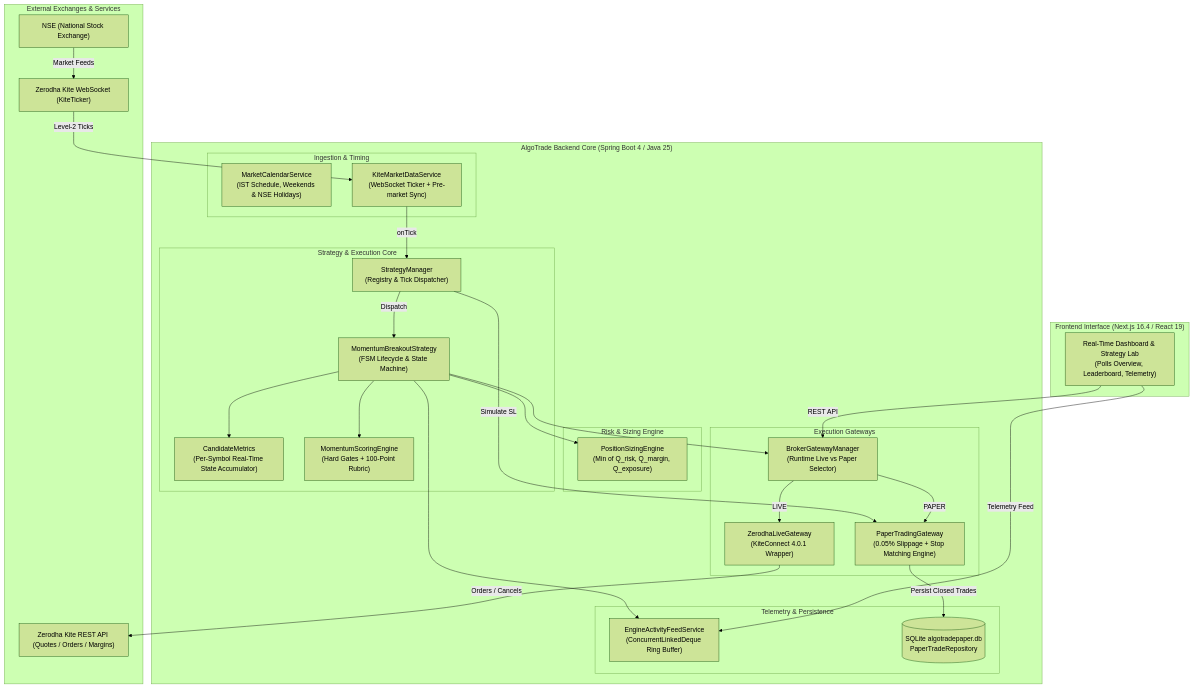
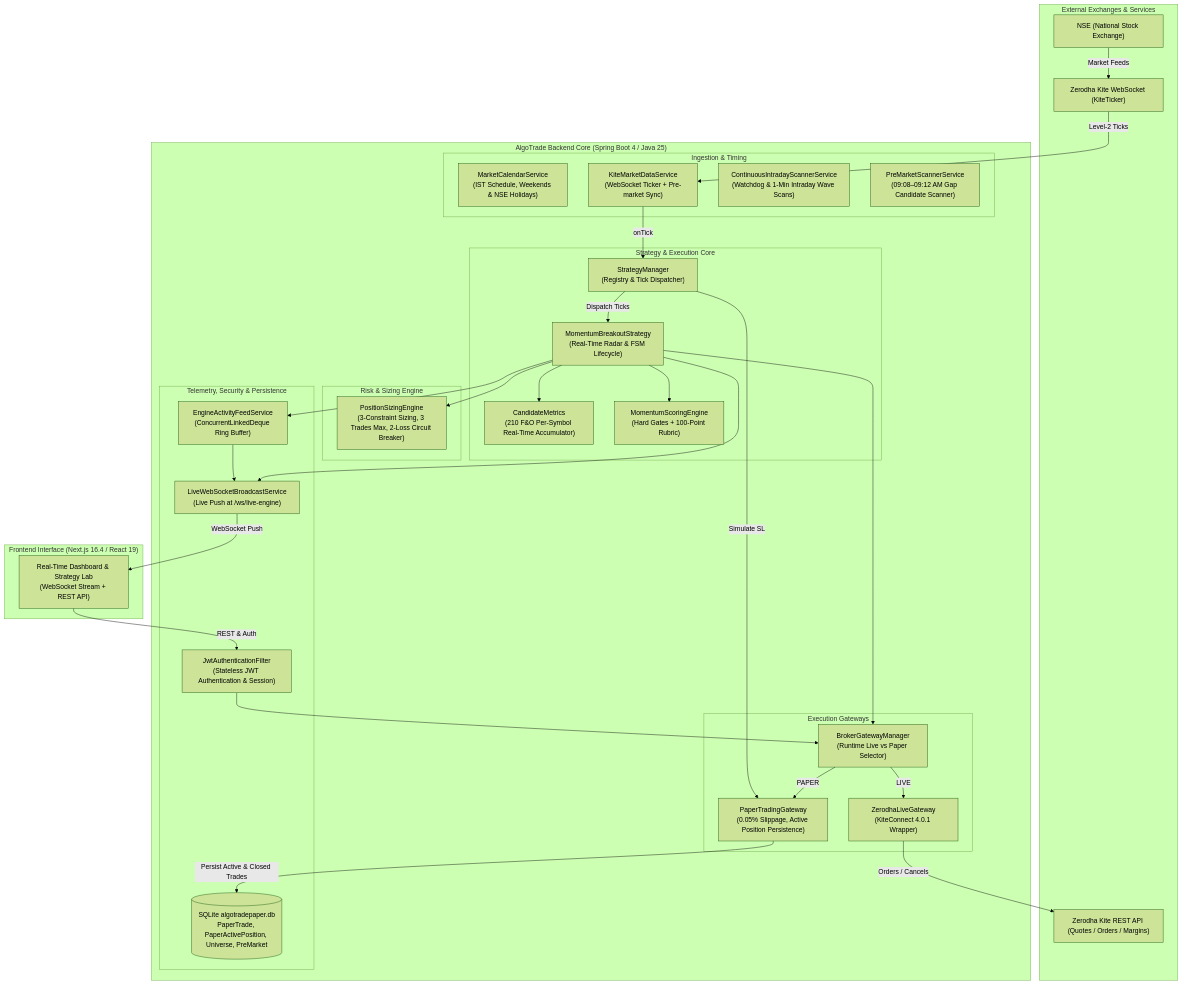
The first of 4 diagrams in working.md (ajaynegi33/AlgoTrade), drawn with Mermaid (forest theme) before and after one commit. The commit also changed other lines of this file and 2 other files, not shown here.

Commit message:
refactor: remove airtel auto-recovery fallback from paper trading gateway and update architecture spec in working.md

````diff
--- a/working.md
+++ b/working.md
@@ -33,60 +33,67 @@
 ```mermaid
 graph TB
     subgraph "External Exchanges & Services"
         NSE["NSE (National Stock Exchange)"]
         KITE_TICKER["Zerodha Kite WebSocket (KiteTicker)"]
         KITE_REST["Zerodha Kite REST API (Quotes / Orders / Margins)"]
     end
 
     subgraph "AlgoTrade Backend Core (Spring Boot 4 / Java 25)"
         subgraph "Ingestion & Timing"
             CALENDAR["MarketCalendarService<br/>(IST Schedule, Weekends & NSE Holidays)"]
             TICKER_SVC["KiteMarketDataService<br/>(WebSocket Ticker + Pre-market Sync)"]
+            SCANNER_SVC["ContinuousIntradayScannerService<br/>(Watchdog & 1-Min Intraday Wave Scans)"]
+            PRE_MKT_SVC["PreMarketScannerService<br/>(09:08–09:12 AM Gap Candidate Scanner)"]
         end
 
         subgraph "Strategy & Execution Core"
             MGR["StrategyManager<br/>(Registry & Tick Dispatcher)"]
-            STRAT["MomentumBreakoutStrategy<br/>(FSM Lifecycle & State Machine)"]
-            METRICS["CandidateMetrics<br/>(Per-Symbol Real-Time State Accumulator)"]
+            STRAT["MomentumBreakoutStrategy<br/>(Real-Time Radar & FSM Lifecycle)"]
+            METRICS["CandidateMetrics<br/>(210 F&O Per-Symbol Real-Time Accumulator)"]
             SCORER["MomentumScoringEngine<br/>(Hard Gates + 100-Point Rubric)"]
         end
 
         subgraph "Risk & Sizing Engine"
-            RISK["PositionSizingEngine<br/>(Min of Q_risk, Q_margin, Q_exposure)"]
+            RISK["PositionSizingEngine<br/>(3-Constraint Sizing, 3 Trades Max, 2-Loss Circuit Breaker)"]
         end
 
         subgraph "Execution Gateways"
             GW_MGR["BrokerGatewayManager<br/>(Runtime Live vs Paper Selector)"]
             LIVE_GW["ZerodhaLiveGateway<br/>(KiteConnect 4.0.1 Wrapper)"]
-            PAPER_GW["PaperTradingGateway<br/>(0.05% Slippage + Stop Matching Engine)"]
+            PAPER_GW["PaperTradingGateway<br/>(0.05% Slippage, Active Position Persistence)"]
         end
 
-        subgraph "Telemetry & Persistence"
+        subgraph "Telemetry, Security & Persistence"
             FEED_SVC["EngineActivityFeedService<br/>(ConcurrentLinkedDeque Ring Buffer)"]
-            DB[(SQLite algotradepaper.db<br/>PaperTradeRepository)]
+            WS_BROADCAST["LiveWebSocketBroadcastService<br/>(Live Push at /ws/live-engine)"]
+            JWT_SEC["JwtAuthenticationFilter<br/>(Stateless JWT Authentication & Session)"]
+            DB[(SQLite algotradepaper.db<br/>PaperTrade, PaperActivePosition, Universe, PreMarket)]
         end
     end
 
     subgraph "Frontend Interface (Next.js 16.4 / React 19)"
-        UI["Real-Time Dashboard & Strategy Lab<br/>(Polls Overview, Leaderboard, Telemetry)"]
+        UI["Real-Time Dashboard & Strategy Lab<br/>(WebSocket Stream + REST API)"]
     end
 
     NSE -->|Market Feeds| KITE_TICKER
     KITE_TICKER -->|Level-2 Ticks| TICKER_SVC
     TICKER_SVC -->|onTick| MGR
-    MGR -->|Dispatch| STRAT
+    MGR -->|Dispatch Ticks| STRAT
     MGR -->|Simulate SL| PAPER_GW
     STRAT --> METRICS
     STRAT --> SCORER
     STRAT --> RISK
     STRAT --> GW_MGR
 
     GW_MGR -->|LIVE| LIVE_GW
     GW_MGR -->|PAPER| PAPER_GW
     LIVE_GW -->|Orders / Cancels| KITE_REST
-    PAPER_GW -->|Persist Closed Trades| DB
+    PAPER_GW -->|Persist Active & Closed Trades| DB
 
     STRAT --> FEED_SVC
-    UI -->|REST API| GW_MGR
-    UI -->|Telemetry Feed| FEED_SVC
+    FEED_SVC --> WS_BROADCAST
+    STRAT --> WS_BROADCAST
+    WS_BROADCAST -->|WebSocket Push| UI
+    UI -->|REST & Auth| JWT_SEC
+    JWT_SEC --> GW_MGR
 ```
````
